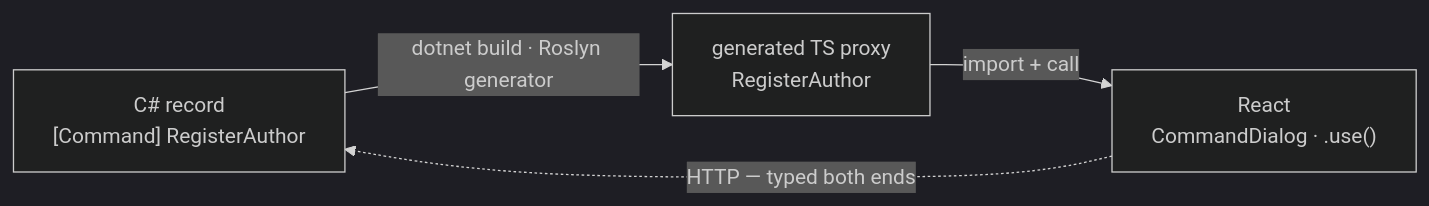
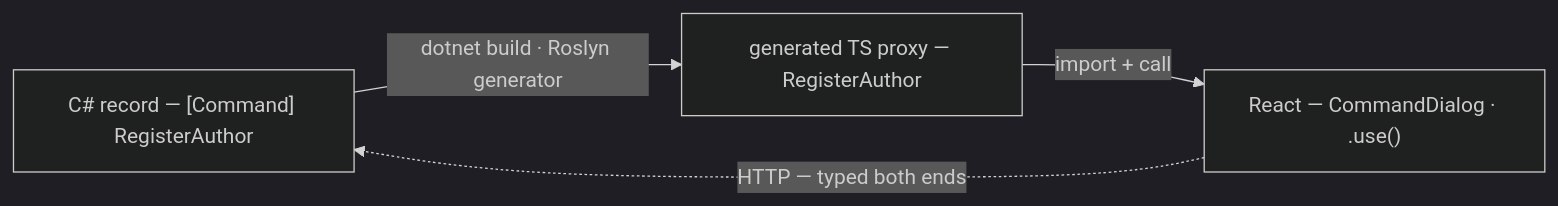
The diagram in Documentation/understanding-the-proxy-boundary.mdx (Cratis/Arc), drawn with Mermaid (dark theme) before and after one commit. The commit also changed other lines of this file and 16 other files, not shown here.

````diff
--- a/Documentation/understanding-the-proxy-boundary.mdx
+++ b/Documentation/understanding-the-proxy-boundary.mdx
@@ -17,6 +17,6 @@
 ```mermaid
 flowchart LR
-    CS["C# record<br/>[Command] RegisterAuthor"] -->|dotnet build · Roslyn generator| TS["generated TS proxy<br/>RegisterAuthor"]
-    TS -->|import + call| RX["React<br/>CommandDialog · .use()"]
+    CS["C# record — [Command] RegisterAuthor"] -->|dotnet build · Roslyn generator| TS["generated TS proxy — RegisterAuthor"]
+    TS -->|import + call| RX["React — CommandDialog · .use()"]
     RX -.->|HTTP — typed both ends| CS
 ```
````
